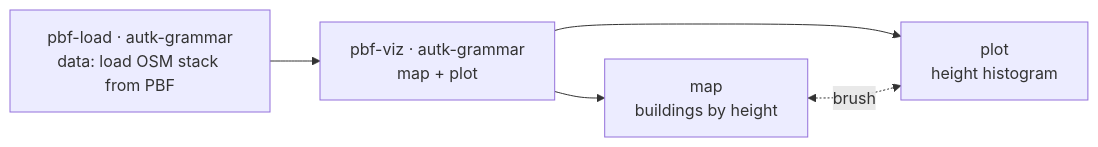
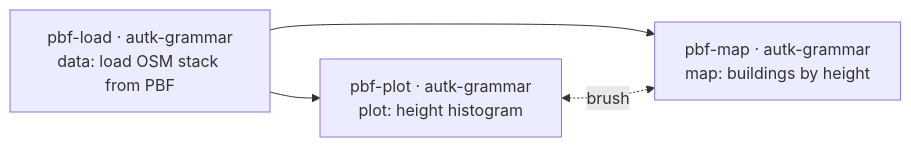
One commit to urban-toolkit/curio changed the diagram in docs/examples/11-autark-pbf-loading.md. Above: the diagram before and after it, drawn with Mermaid. The commit also changed other lines of this file and 12 other files, not shown here.

Commit message:
An Autark node draws one view; split example 11's map and histogram

````diff
--- a/docs/examples/11-autark-pbf-loading.md
+++ b/docs/examples/11-autark-pbf-loading.md
@@ -16,7 +17,6 @@
 ```mermaid
 flowchart LR
-  L[pbf-load · autk-grammar<br/>data: load OSM stack from PBF] --> V[pbf-viz · autk-grammar<br/>map + plot]
-  V --> M[map<br/>buildings by height]
-  V --> P[plot<br/>height histogram]
-  M <-. brush .-> P
+  L[pbf-load · autk-grammar<br/>data: load OSM stack from PBF] --> P[pbf-plot · autk-grammar<br/>plot: height histogram]
+  L --> M[pbf-map · autk-grammar<br/>map: buildings by height]
+  P <-. brush .-> M
 ```
````
